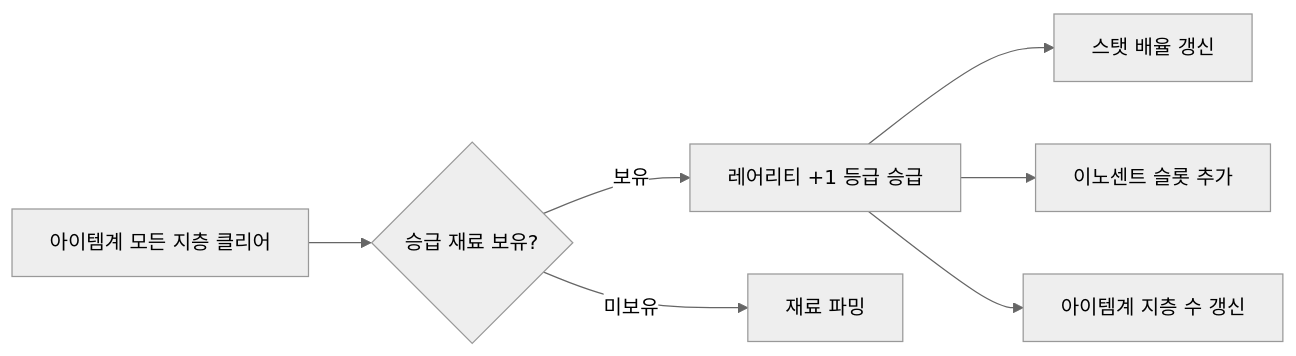
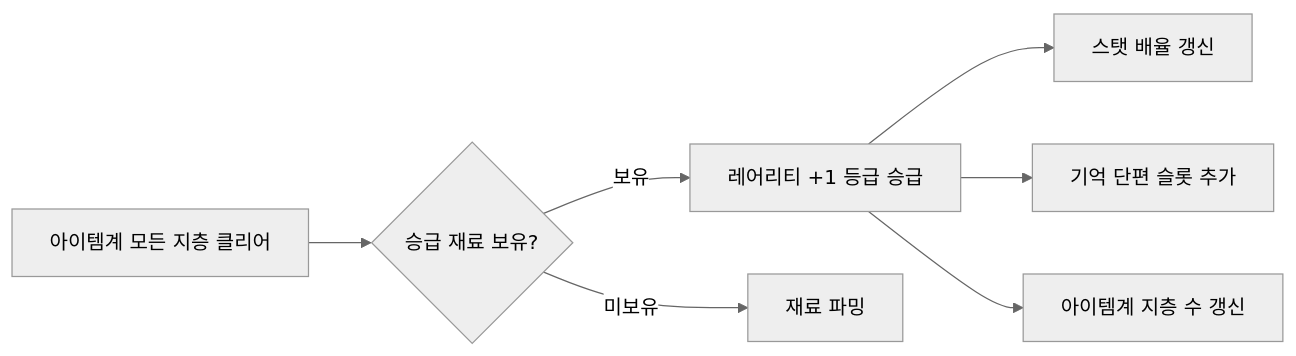
Before and after one commit to Biskraft/ProjectAbyss: the second of 2 diagrams in Documents/System/System_Equipment_Rarity.md, drawn with Mermaid (neutral theme). The commit also changed other lines of this file and 197 other files, not shown here.

````diff
--- a/Documents/System/System_Equipment_Rarity.md
+++ b/Documents/System/System_Equipment_Rarity.md
@@ -187,9 +187,9 @@
 ```mermaid
 graph LR
     FLOOR100[아이템계 모든 지층 클리어] --> CHECK{승급 재료 보유?}
     CHECK -->|보유| UPGRADE[레어리티 +1 등급 승급]
     CHECK -->|미보유| FARM[재료 파밍]
     UPGRADE --> STATUP[스탯 배율 갱신]
-    UPGRADE --> SLOTUP[이노센트 슬롯 추가]
+    UPGRADE --> SLOTUP[기억 단편 슬롯 추가]
     UPGRADE --> DEPTHUP[아이템계 지층 수 갱신]
 ```
````
